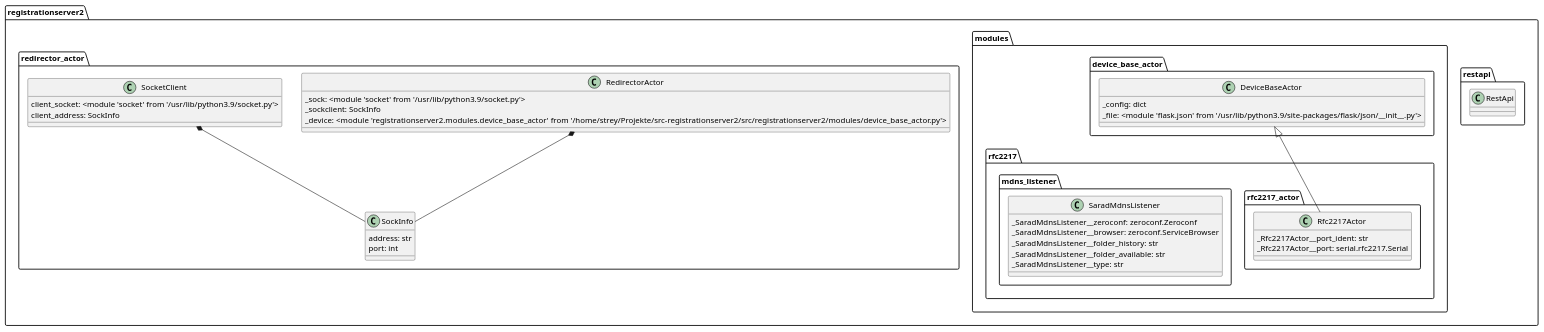
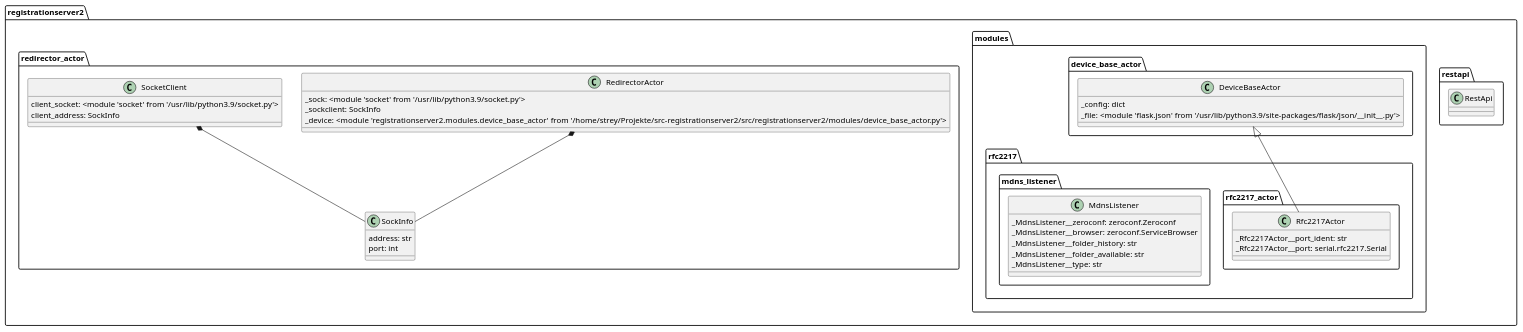
One commit to SARAD-GmbH/RegServer changed the diagram in doc/source/uml-rs2_classes.puml. Above: the diagram before and after it, drawn with PlantUML. The commit also changed 73 other files, not shown here.

First line of the commit message:
Docs: detail UML diagrams for modules

```diff
--- a/doc/source/uml-rs2_classes.puml
+++ b/doc/source/uml-rs2_classes.puml
@@ -1,35 +1,35 @@
 @startuml
 class registrationserver2.restapi.RestApi {
 }
 class registrationserver2.modules.device_base_actor.DeviceBaseActor {
   _config: dict
   _file: <module 'flask.json' from '/usr/lib/python3.9/site-packages/flask/json/__init__.py'>
 }
 class registrationserver2.modules.rfc2217.rfc2217_actor.Rfc2217Actor {
   _Rfc2217Actor__port_ident: str
   _Rfc2217Actor__port: serial.rfc2217.Serial
 }
-class registrationserver2.modules.rfc2217.mdns_listener.SaradMdnsListener {
-  _SaradMdnsListener__zeroconf: zeroconf.Zeroconf
-  _SaradMdnsListener__browser: zeroconf.ServiceBrowser
-  _SaradMdnsListener__folder_history: str
-  _SaradMdnsListener__folder_available: str
-  _SaradMdnsListener__type: str
+class registrationserver2.modules.rfc2217.mdns_listener.MdnsListener {
+  _MdnsListener__zeroconf: zeroconf.Zeroconf
+  _MdnsListener__browser: zeroconf.ServiceBrowser
+  _MdnsListener__folder_history: str
+  _MdnsListener__folder_available: str
+  _MdnsListener__type: str
 }
 class registrationserver2.redirector_actor.RedirectorActor {
   _sock: <module 'socket' from '/usr/lib/python3.9/socket.py'>
   _sockclient: SockInfo
   _device: <module 'registrationserver2.modules.device_base_actor' from '/home/strey/Projekte/src-registrationserver2/src/registrationserver2/modules/device_base_actor.py'>
 }
 class registrationserver2.redirector_actor.SockInfo {
   address: str
   port: int
 }
 class registrationserver2.redirector_actor.SocketClient {
   client_socket: <module 'socket' from '/usr/lib/python3.9/socket.py'>
   client_address: SockInfo
 }
 registrationserver2.modules.device_base_actor.DeviceBaseActor <|-- registrationserver2.modules.rfc2217.rfc2217_actor.Rfc2217Actor
 registrationserver2.redirector_actor.RedirectorActor *-- registrationserver2.redirector_actor.SockInfo
 registrationserver2.redirector_actor.SocketClient *-- registrationserver2.redirector_actor.SockInfo
 @enduml
```
